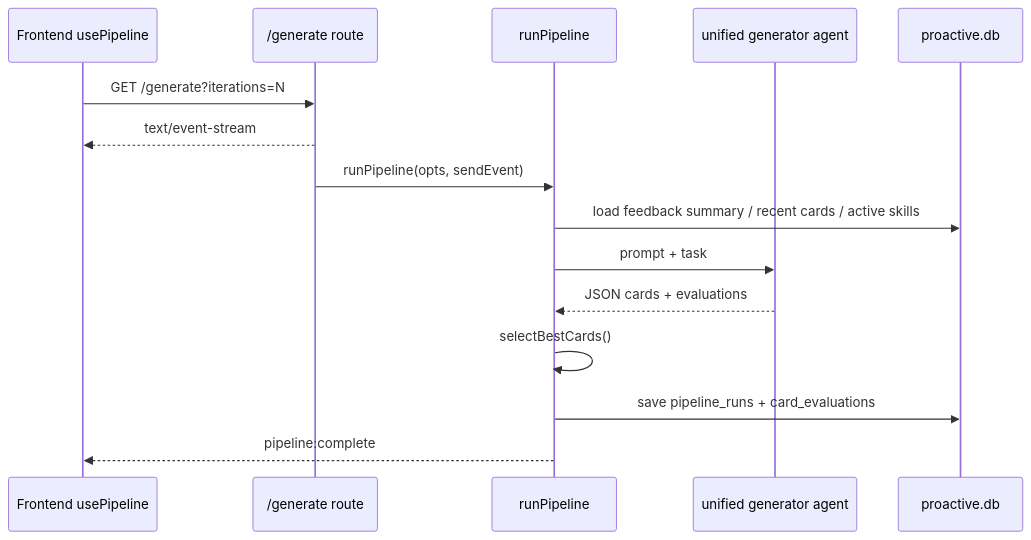
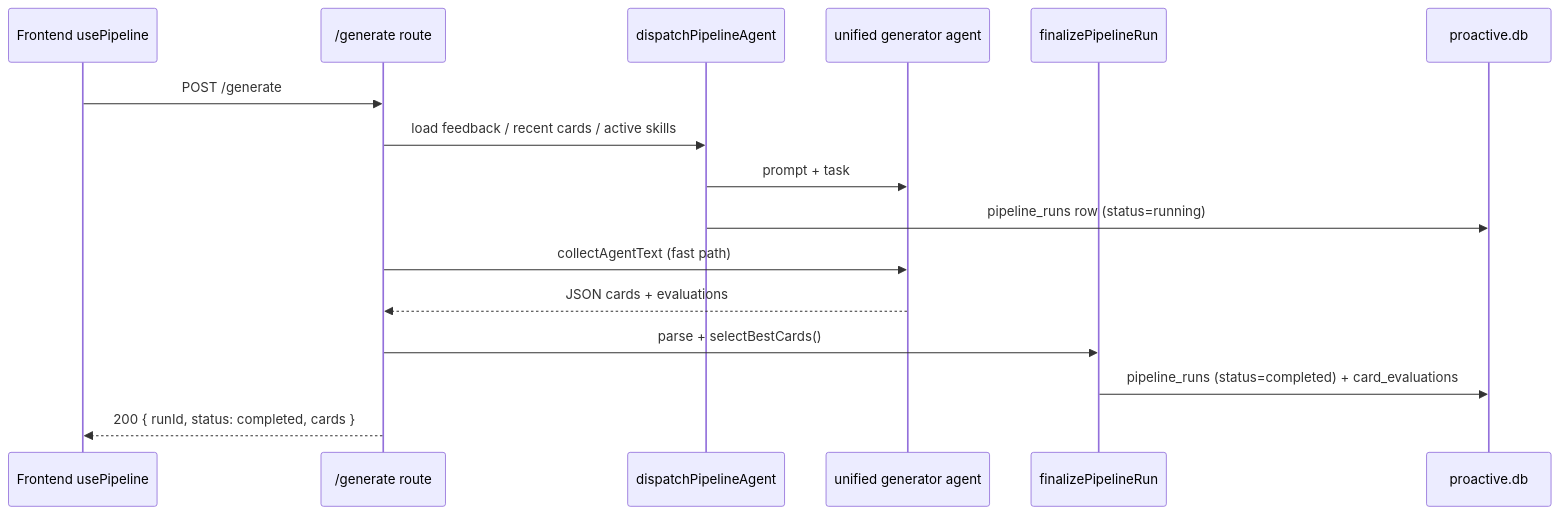
The second of 2 diagrams in docs/modules/generation.mdx (Edge-AI-HQ/proactive-assistant), drawn with Mermaid before and after one commit. The commit also changed other lines of this file and 36 other files, not shown here.

First line of the commit message:
refactor(proactive-ai): replace orchestrator with task-based pipeline

````diff
--- a/docs/modules/generation.mdx
+++ b/docs/modules/generation.mdx
@@ -46,18 +46,19 @@
 ```mermaid
 sequenceDiagram
   participant FE as Frontend usePipeline
   participant Route as /generate route
-  participant P as runPipeline
+  participant D as dispatchPipelineAgent
   participant A as unified generator agent
+  participant F as finalizePipelineRun
   participant DB as proactive.db
 
-  FE->>Route: GET /generate?iterations=N
-  Route-->>FE: text/event-stream
-  Route->>P: runPipeline(opts, sendEvent)
-  P->>DB: load feedback summary / recent cards / active skills
-  P->>A: prompt + task
-  A-->>P: JSON cards + evaluations
-  P->>P: selectBestCards()
-  P->>DB: save pipeline_runs + card_evaluations
-  P-->>FE: pipeline:complete
+  FE->>Route: POST /generate
+  Route->>D: load feedback / recent cards / active skills
+  D->>A: prompt + task
+  D->>DB: pipeline_runs row (status=running)
+  Route->>A: collectAgentText (fast path)
+  A-->>Route: JSON cards + evaluations
+  Route->>F: parse + selectBestCards()
+  F->>DB: pipeline_runs (status=completed) + card_evaluations
+  Route-->>FE: 200 { runId, status: completed, cards }
 ```
````
